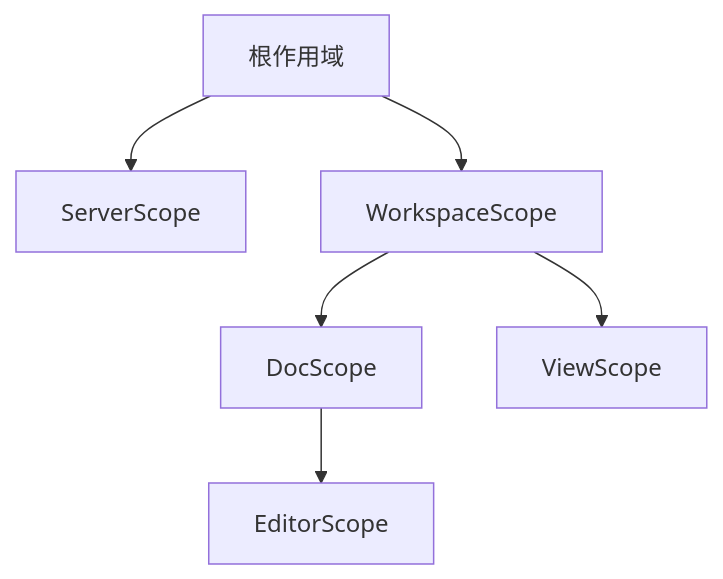
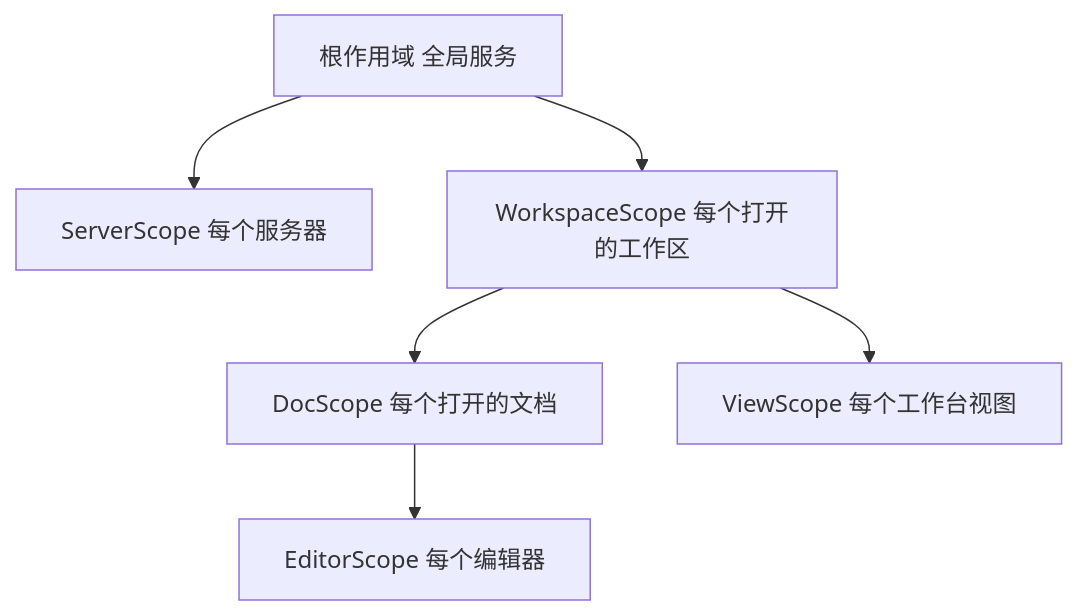
The third of 5 diagrams in learning-guide/slides/decks/16.md (lfire/AFFiNE), drawn with Mermaid before and after one commit. The commit also changed other lines of this file and 46 other files, not shown here.

````diff
--- a/learning-guide/slides/decks/16.md
+++ b/learning-guide/slides/decks/16.md
@@ -261,8 +253,8 @@
 ```mermaid
 flowchart TB
-  Root[根作用域] --> Server[ServerScope]
-  Root --> WS[WorkspaceScope]
-  WS --> Doc[DocScope]
-  Doc --> Editor[EditorScope]
-  WS --> View[ViewScope]
+  Root["根作用域 全局服务"] --> Server["ServerScope 每个服务器"]
+  Root --> WS["WorkspaceScope 每个打开的工作区"]
+  WS --> Doc["DocScope 每个打开的文档"]
+  Doc --> Editor["EditorScope 每个编辑器"]
+  WS --> View["ViewScope 每个工作台视图"]
 ```
````
